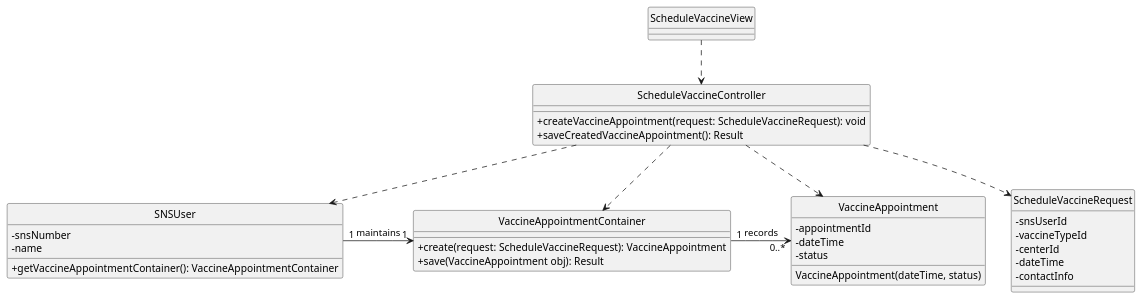
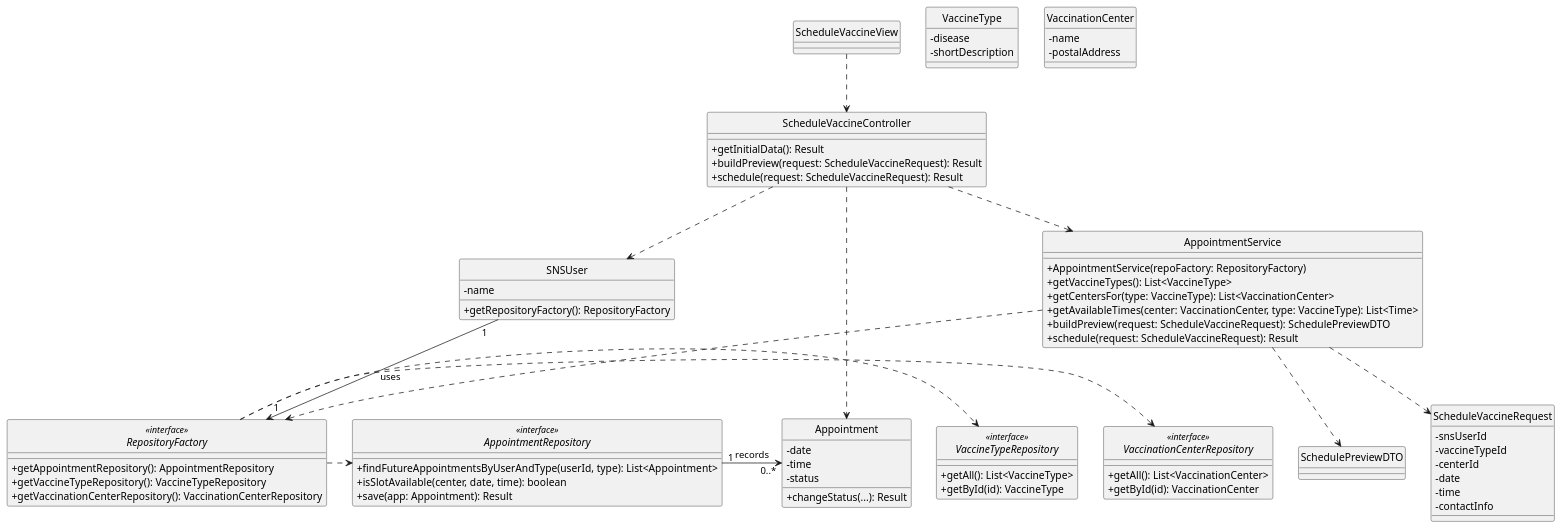
One commit to luluisfcm/leti-esoft-25-26-B5 changed the diagram in docs/system-documentation/US30/puml/US30-CD.puml. Above: the diagram before and after it, drawn with PlantUML. The commit also changed 19 other files, not shown here.

```diff
--- a/docs/system-documentation/US30/puml/US30-CD.puml
+++ b/docs/system-documentation/US30/puml/US30-CD.puml
@@ -1,50 +1,97 @@
 @startuml
 'https://plantuml.com/class-diagram
 
 hide circle
 skinparam classAttributeIconSize 0
 
 class ScheduleVaccineView {
 }
 
 class ScheduleVaccineController {
-    +createVaccineAppointment(request: ScheduleVaccineRequest): void
-    +saveCreatedVaccineAppointment(): Result
+    +getInitialData(): Result
+    +buildPreview(request: ScheduleVaccineRequest): Result
+    +schedule(request: ScheduleVaccineRequest): Result
 }
 
 class SNSUser {
-    -snsNumber
-    -name
-    +getVaccineAppointmentContainer(): VaccineAppointmentContainer
+    - name
+    +getRepositoryFactory(): RepositoryFactory
 }
 
-class VaccineAppointmentContainer {
-    +create(request: ScheduleVaccineRequest): VaccineAppointment
-    +save(VaccineAppointment obj): Result
+class AppointmentService {
+    +AppointmentService(repoFactory: RepositoryFactory)
+    +getVaccineTypes(): List<VaccineType>
+    +getCentersFor(type: VaccineType): List<VaccinationCenter>
+    +getAvailableTimes(center: VaccinationCenter, type: VaccineType): List<Time>
+    +buildPreview(request: ScheduleVaccineRequest): SchedulePreviewDTO
+    +schedule(request: ScheduleVaccineRequest): Result
 }
 
-class VaccineAppointment {
-    -appointmentId
-    -dateTime
-    -status
-    VaccineAppointment(dateTime, status)
+interface RepositoryFactory <<interface>> {
+    +getAppointmentRepository(): AppointmentRepository
+    +getVaccineTypeRepository(): VaccineTypeRepository
+    +getVaccinationCenterRepository(): VaccinationCenterRepository
+}
+
+interface AppointmentRepository <<interface>> {
+    +findFutureAppointmentsByUserAndType(userId, type): List<Appointment>
+    +isSlotAvailable(center, date, time): boolean
+    +save(app: Appointment): Result
+}
+
+interface VaccineTypeRepository <<interface>> {
+    +getAll(): List<VaccineType>
+    +getById(id): VaccineType
+}
+
+interface VaccinationCenterRepository <<interface>> {
+    +getAll(): List<VaccinationCenter>
+    +getById(id): VaccinationCenter
+}
+
+class Appointment {
+    - date
+    - time
+    - status
+    +changeStatus(...): Result
+}
+
+class VaccineType {
+    - disease
+    - shortDescription
+}
+
+class VaccinationCenter {
+    - name
+    - postalAddress
 }
 
 class ScheduleVaccineRequest {
-    -snsUserId
-    -vaccineTypeId
-    -centerId
-    -dateTime
-    -contactInfo
+    - snsUserId
+    - vaccineTypeId
+    - centerId
+    - date
+    - time
+    - contactInfo
 }
 
-SNSUser "1" -right-> "1" VaccineAppointmentContainer: maintains
-VaccineAppointmentContainer "1" -right-> "0..*" VaccineAppointment: records
+class SchedulePreviewDTO {
+}
+
+SNSUser "1" -down-> "1" RepositoryFactory: uses
+AppointmentRepository "1" -right-> "0..*" Appointment: records
 
 ScheduleVaccineView ..> ScheduleVaccineController
 ScheduleVaccineController ..> SNSUser
-ScheduleVaccineController ..> VaccineAppointmentContainer
-ScheduleVaccineController ..> VaccineAppointment
-ScheduleVaccineController ..> ScheduleVaccineRequest
+ScheduleVaccineController ..> AppointmentService
+ScheduleVaccineController ..> Appointment
+
+AppointmentService ..> RepositoryFactory
+RepositoryFactory .right.> AppointmentRepository
+RepositoryFactory .right.> VaccineTypeRepository
+RepositoryFactory .right.> VaccinationCenterRepository
+
+AppointmentService ..> ScheduleVaccineRequest
+AppointmentService ..> SchedulePreviewDTO
 
 @enduml
```
